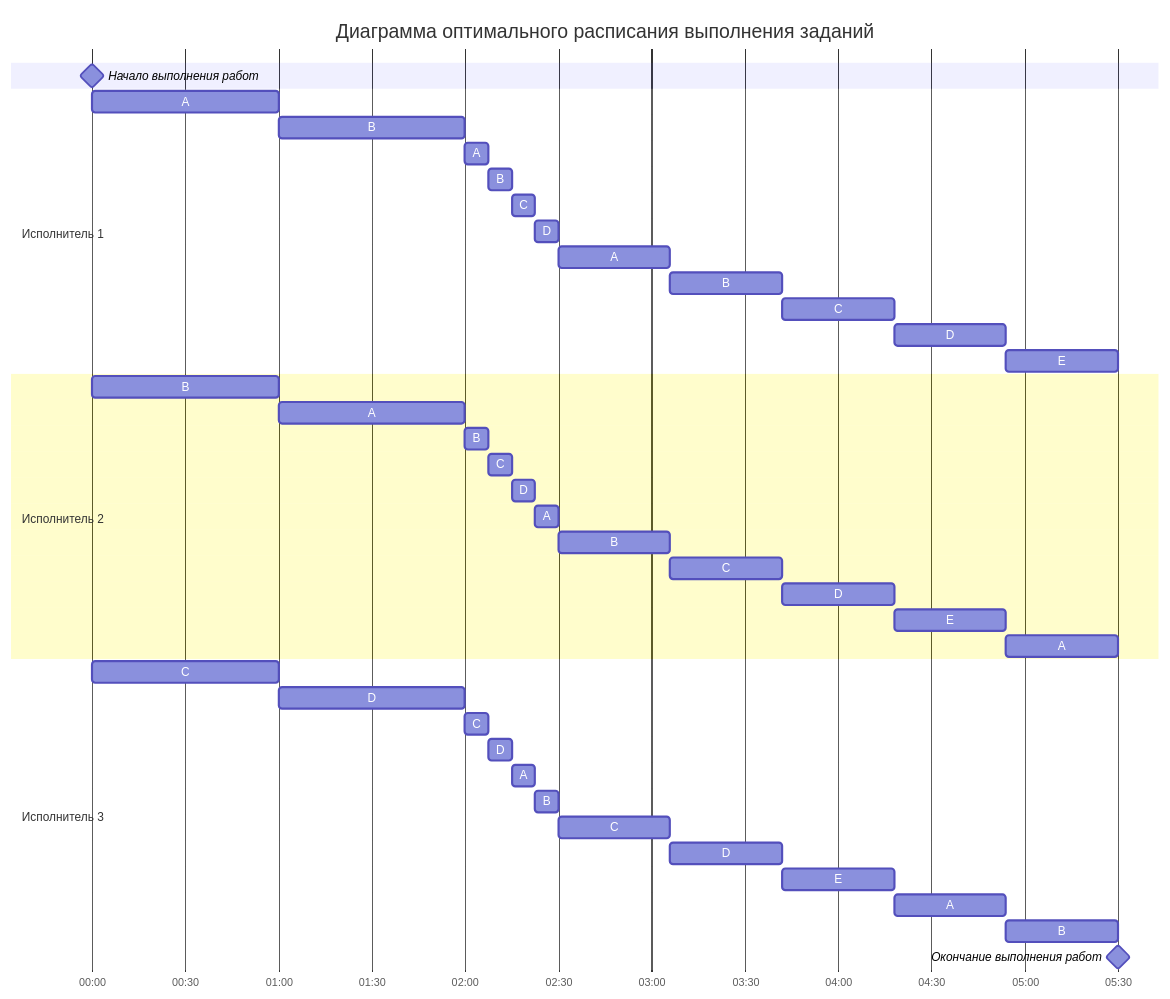
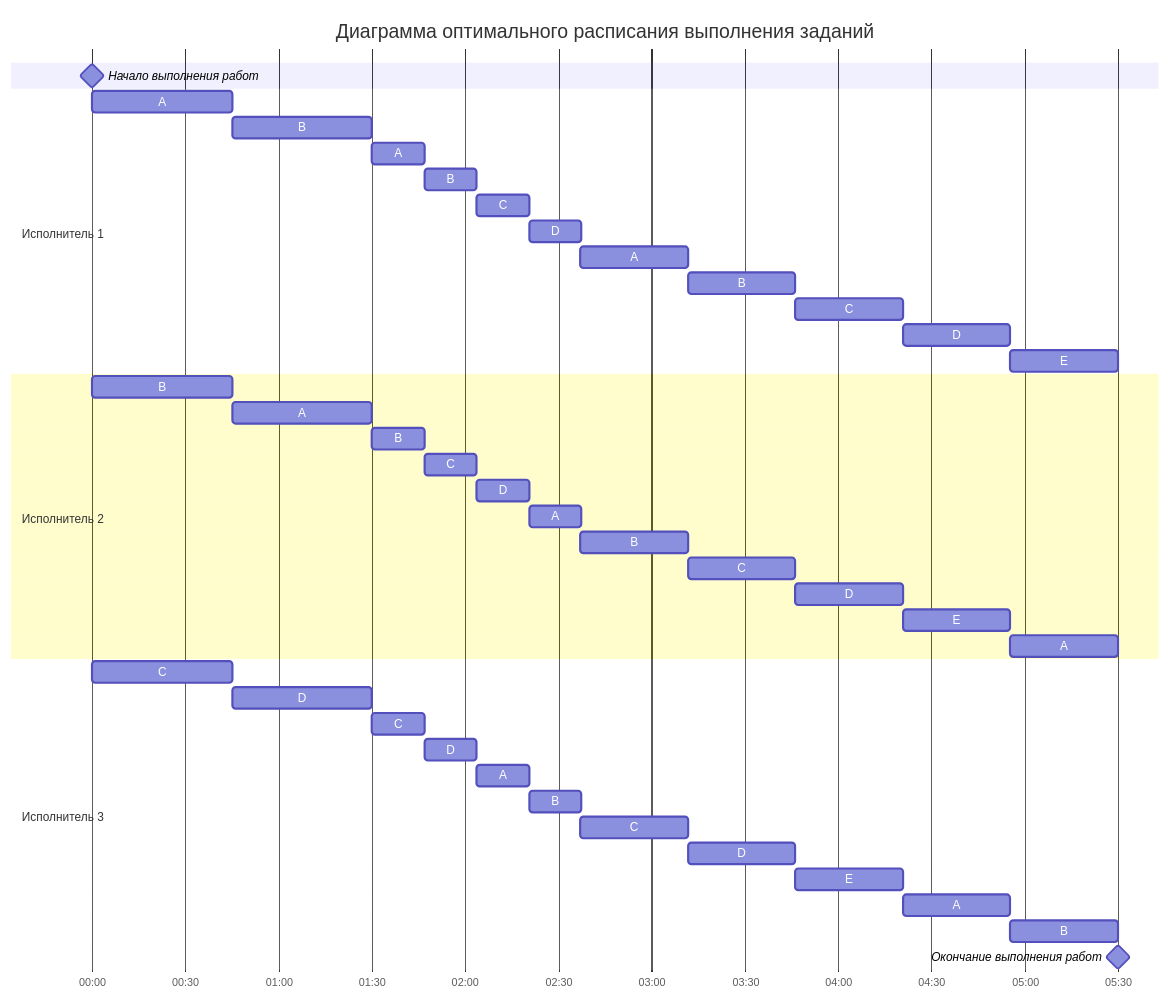
One commit to algos-ris-24-3/manual-tasks changed the third of 3 diagrams in Задание 5/syndicate.md. Above: the diagram before and after it, drawn with Mermaid. The commit also changed other lines of this file, not shown here.

````diff
--- a/Задание 5/syndicate.md
+++ b/Задание 5/syndicate.md
@@ -163,44 +167,44 @@
 ```mermaid
 gantt
     title Диаграмма оптимального расписания выполнения заданий
     dateFormat DD HH:mm    
     axisFormat %H:%M
     Начало выполнения работ : milestone, m1, 01 00:00, 0h
     section Исполнитель 1
-    A         :a1, 01 00:00, 1h
-    B         :a2, after a1, 1h
-    A         :a3, 01 02:00, 0.125h
-    B         :a4, after a3, 0.125h
-    C         :a5, after a4, 0.125h
-    D         :a6, after a5, 0.125h
-    A         :a7, 01 02:30, 0.6h
-    B         :a8, after a7, 0.6h
-    C         :a9, after a8, 0.6h
-    D         :a10, after a9, 0.6h
-    E         :a11, after a10, 0.6h
+    A         :a1, 01 00:00, 0.75h
+    B         :a2, after a1, 0.75h
+    A         :a3, 01 01:30, 0.28125h
+    B         :a4, after a3, 0.28125h
+    C         :a5, after a4, 0.28125h
+    D         :a6, after a5, 0.28125h
+    A         :a7, 01 02:37, 0.5767h
+    B         :a8, after a7, 0.5767h
+    C         :a9, after a8, 0.5767h
+    D         :a10, after a9, 0.5767h
+    E         :a11, after a10, 0.5767h
     section Исполнитель 2
-    B         :b1, 01 00:00, 1h
-    A         :b2, after b1, 1h
-    B         :b3, 01 02:00, 0.125h
-    C         :b4, after b3, 0.125h
-    D         :b5, after b4, 0.125h
-    A         :b6, after b5, 0.125h
-    B         :b7, 01 02:30, 0.6h
-    C         :b8, after b7, 0.6h
-    D         :b9, after b8, 0.6h
-    E         :b10, after b9, 0.6h
-    A         :b11, after b10, 0.6h
+    B         :b1, 01 00:00, 0.75h
+    A         :b2, after b1, 0.75h
+    B         :b3, 01 01:30, 0.28125h
+    C         :b4, after b3, 0.28125h
+    D         :b5, after b4, 0.28125h
+    A         :b6, after b5, 0.28125h
+    B         :b7, 01 02:37, 0.5767h
+    C         :b8, after b7, 0.5767h
+    D         :b9, after b8, 0.5767h
+    E         :b10, after b9, 0.5767h
+    A         :b11, after b10, 0.5767h
     section Исполнитель 3
-    C         :c1, 01 00:00, 1h
-    D         :c2, after c1, 1h
-    C         :c3, 01 02:00, 0.125h
-    D         :c4, after c3, 0.125h
-    A         :c5, after c4, 0.125h
-    B         :c6, after c5, 0.125h
-    C         :c7, 01 02:30, 0.6h
-    D         :c8, after c7, 0.6h
-    E         :c9, after c8, 0.6h
-    A         :c10, after c9, 0.6h
-    B         :c11, after c10, 0.6h
+    C         :c1, 01 00:00, 0.75h
+    D         :c2, after b1, 0.75h
+    C         :c3, 01 01:30, 0.28125h
+    D         :c4, after c3, 0.28125h
+    A         :c5, after c4, 0.28125h
+    B         :c6, after c5, 0.28125h
+    C         :c7, 01 02:37, 0.5767h
+    D         :c8, after c7, 0.5767h
+    E         :c9, after c8, 0.5767h
+    A         :c10, after c9, 0.5767h
+    B         :c11, after c10, 0.5767h
     Окончание выполнения работ : milestone, m2, 01 05:30, 0h
 ```
````
